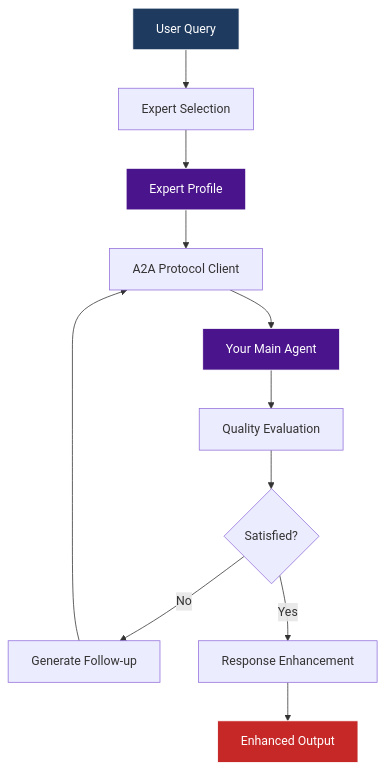
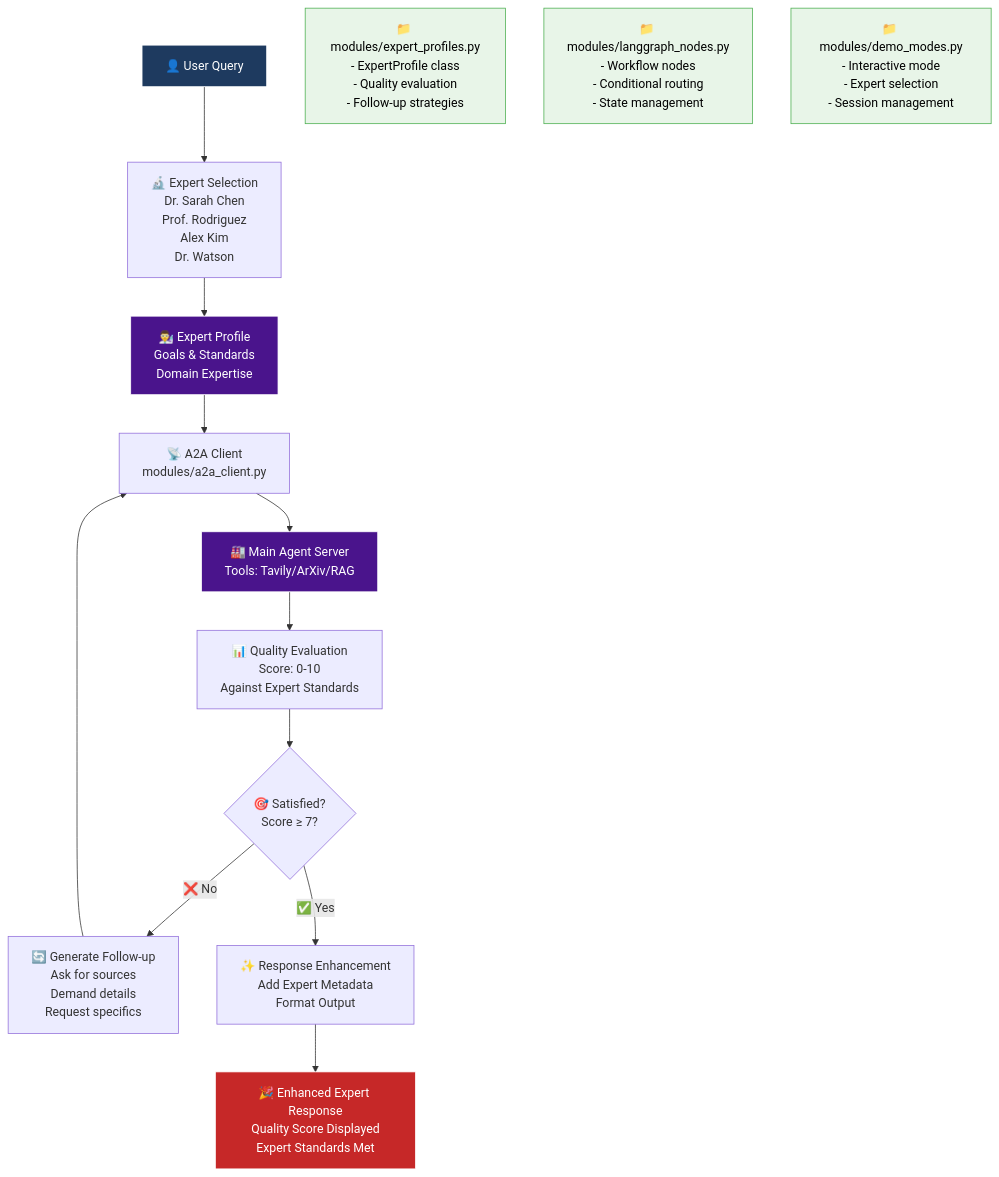
Before and after one commit to ovokpus/AIE7: the diagram in 15_A2A_LangGraph/second_agent/README.md, drawn with Mermaid. The commit also changed 9 other files, not shown here.

````diff
--- a/15_A2A_LangGraph/second_agent/README.md
+++ b/15_A2A_LangGraph/second_agent/README.md
@@ -38,18 +38,26 @@
 ```mermaid
 graph TD
-    A[User Query] --> B[Expert Selection]
-    B --> C[Expert Profile]
-    C --> D[A2A Protocol Client]
-    D --> E[Your Main Agent]
-    E --> F[Quality Evaluation]
-    F --> G{Satisfied?}
-    G -->|No| H[Generate Follow-up]
+    A[👤 User Query] --> B[🔬 Expert Selection<br/>Dr. Sarah Chen<br/>Prof. Rodriguez<br/>Alex Kim<br/>Dr. Watson]
+    B --> C[👨‍🔬 Expert Profile<br/>Goals & Standards<br/>Domain Expertise]
+    C --> D[📡 A2A Client<br/>modules/a2a_client.py]
+    D --> E[🏭 Main Agent Server<br/>Tools: Tavily/ArXiv/RAG]
+    E --> F[📊 Quality Evaluation<br/>Score: 0-10<br/>Against Expert Standards]
+    F --> G{🎯 Satisfied?<br/>Score ≥ 7?}
+    G -->|❌ No| H[🔄 Generate Follow-up<br/>Ask for sources<br/>Demand details<br/>Request specifics]
     H --> D
-    G -->|Yes| I[Response Enhancement]
-    I --> J[Enhanced Output]
+    G -->|✅ Yes| I[✨ Response Enhancement<br/>Add Expert Metadata<br/>Format Output]
+    I --> J[🎉 Enhanced Expert Response<br/>Quality Score Displayed<br/>Expert Standards Met]
+    
+    %% Module annotations
+    K[📁 modules/expert_profiles.py<br/>- ExpertProfile class<br/>- Quality evaluation<br/>- Follow-up strategies]
+    L[📁 modules/langgraph_nodes.py<br/>- Workflow nodes<br/>- Conditional routing<br/>- State management]
+    M[📁 modules/demo_modes.py<br/>- Interactive mode<br/>- Expert selection<br/>- Session management]
     
     style A fill:#1e3a5f,stroke:#ffffff,color:#ffffff
     style C fill:#4a148c,stroke:#ffffff,color:#ffffff
     style E fill:#4a148c,stroke:#ffffff,color:#ffffff
     style J fill:#c62828,stroke:#ffffff,color:#ffffff
+    style K fill:#e8f5e8,stroke:#4caf50,color:#000000
+    style L fill:#e8f5e8,stroke:#4caf50,color:#000000
+    style M fill:#e8f5e8,stroke:#4caf50,color:#000000
 ```
````
